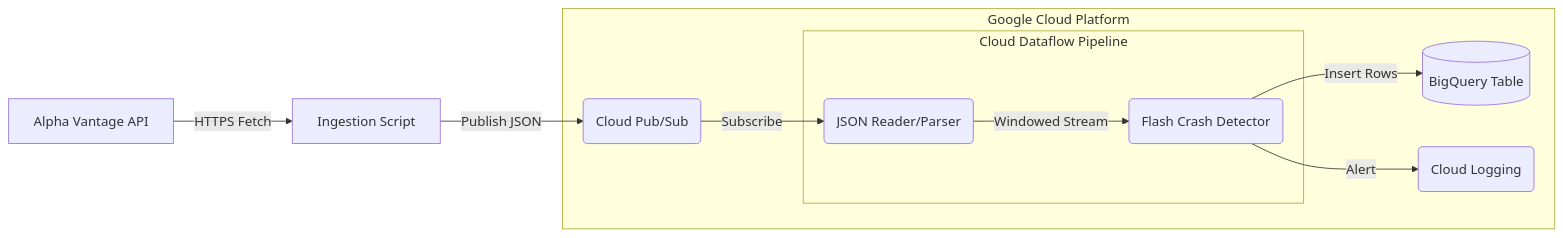
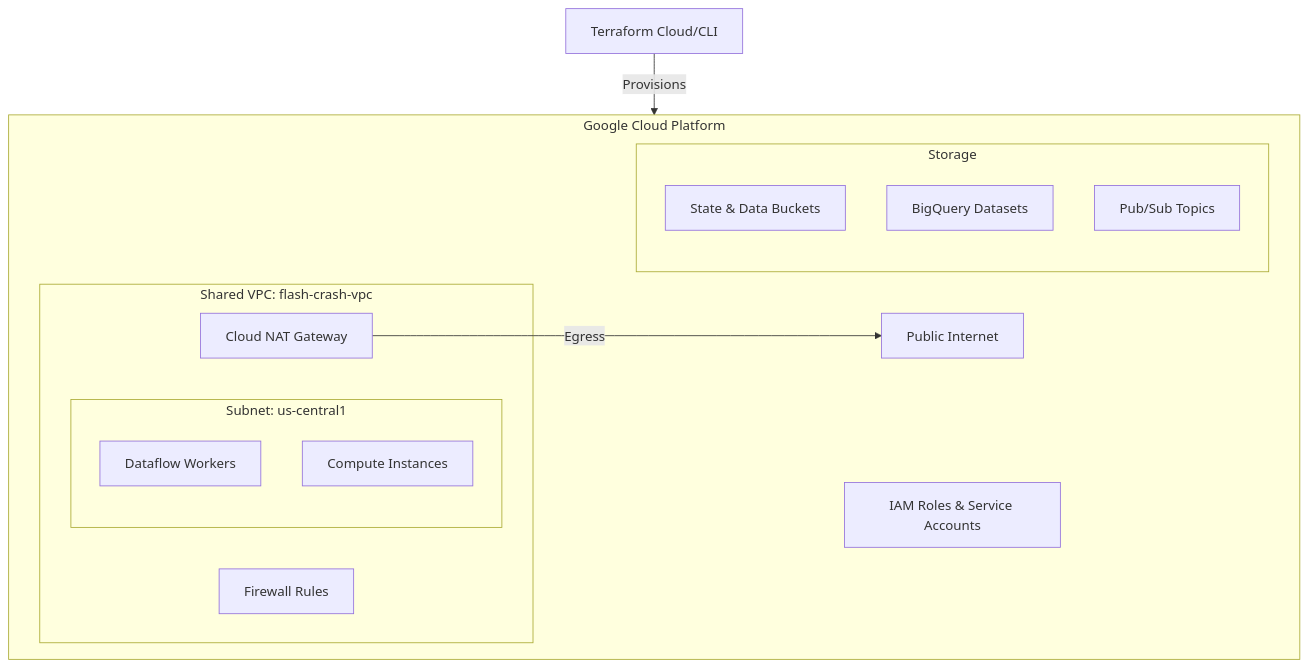
The diagram in README.md (michaelpineau89-ship-it/portfolio_terraform), drawn with Mermaid before and after one commit. The commit also changed other lines of this file and 2 other files, not shown here.

Commit message:
feat: added dataflow and cloud function

````diff
--- a/README.md
+++ b/README.md
@@ -13,22 +13,26 @@
 ```mermaid
-graph LR
-    API[Alpha Vantage API] -->|HTTPS Fetch| Producer[Ingestion Script]
-    Producer -->|Publish JSON| PubSub(Cloud Pub/Sub)
-    
-    subgraph Dataflow [Cloud Dataflow Pipeline]
-        Reader(JSON Reader/Parser)
-        Detector(Flash Crash Detector)
+graph TD
+    subgraph GCP [Google Cloud Platform]
+        IAM[IAM Roles & Service Accounts]
+        
+        subgraph Network [Shared VPC: flash-crash-vpc]
+            NAT[Cloud NAT Gateway]
+            FW[Firewall Rules]
+            
+            subgraph Subnet [Subnet: us-central1]
+                DF_Worker[Dataflow Workers]
+                VM[Compute Instances]
+            end
+        end
+        
+        NAT -->|Egress| Internet[Public Internet]
+        
+        subgraph Storage
+            GCS[State & Data Buckets]
+            BQ[BigQuery Datasets]
+            PubSub[Pub/Sub Topics]
+        end
     end
     
-    PubSub -->|Subscribe| Reader
-    Reader -->|Windowed Stream| Detector
-    Detector -->|Insert Rows| BQ[(BigQuery Table)]
-    Detector -->|Alert| Logs(Cloud Logging)
-    
-    subgraph GCP [Google Cloud Platform]
-        PubSub
-        Dataflow
-        BQ
-        Logs
-    end
+    Terraform[Terraform Cloud/CLI] -->|Provisions| GCP
 ```
````
